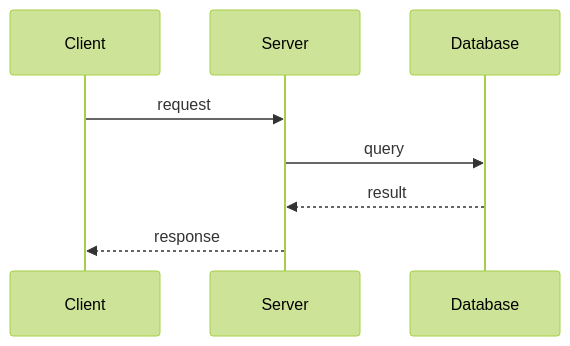
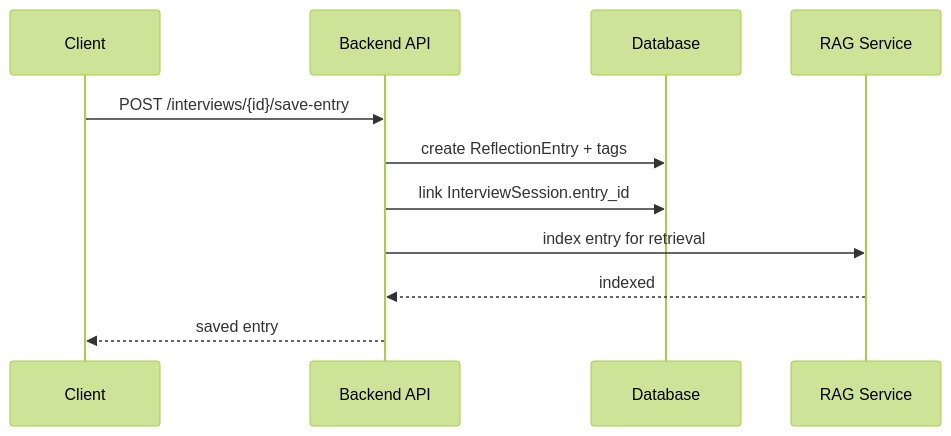
The fourth of 5 diagrams in docs/02-architecture.md (JUNGLE-TEAM1/haegeon_name_not_fixed), drawn with Mermaid (forest theme) before and after one commit. The commit also changed other lines of this file and 8 other files, not shown here.

````diff
--- a/docs/02-architecture.md
+++ b/docs/02-architecture.md
@@ -85,11 +385,14 @@
 ```mermaid
 sequenceDiagram
     participant C as Client
-    participant S as Server
+    participant S as Backend API
     participant D as Database
+    participant R as RAG Service
 
-    C->>S: request
-    S->>D: query
-    D-->>S: result
-    S-->>C: response
+    C->>S: POST /interviews/{id}/save-entry
+    S->>D: create ReflectionEntry + tags
+    S->>D: link InterviewSession.entry_id
+    S->>R: index entry for retrieval
+    R-->>S: indexed
+    S-->>C: saved entry
 ```
````
